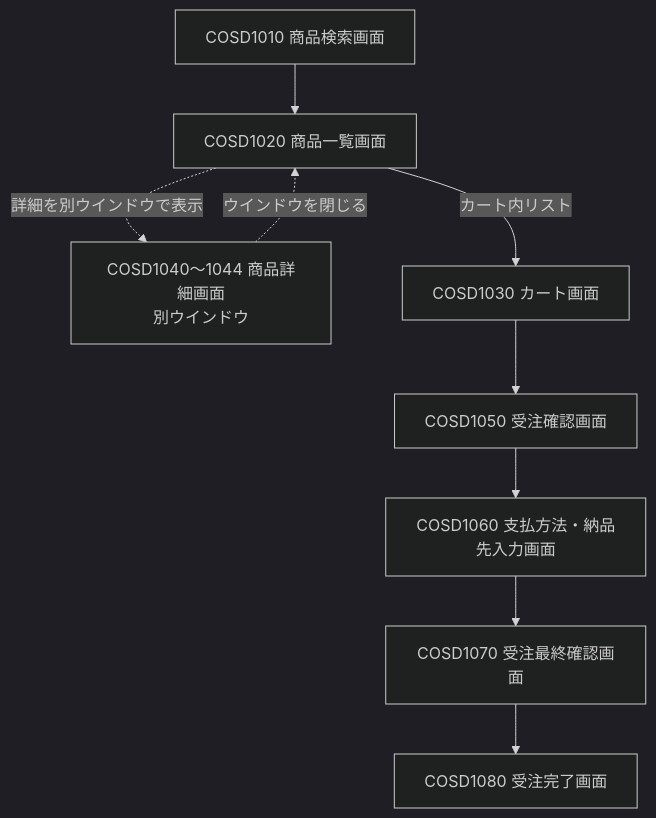
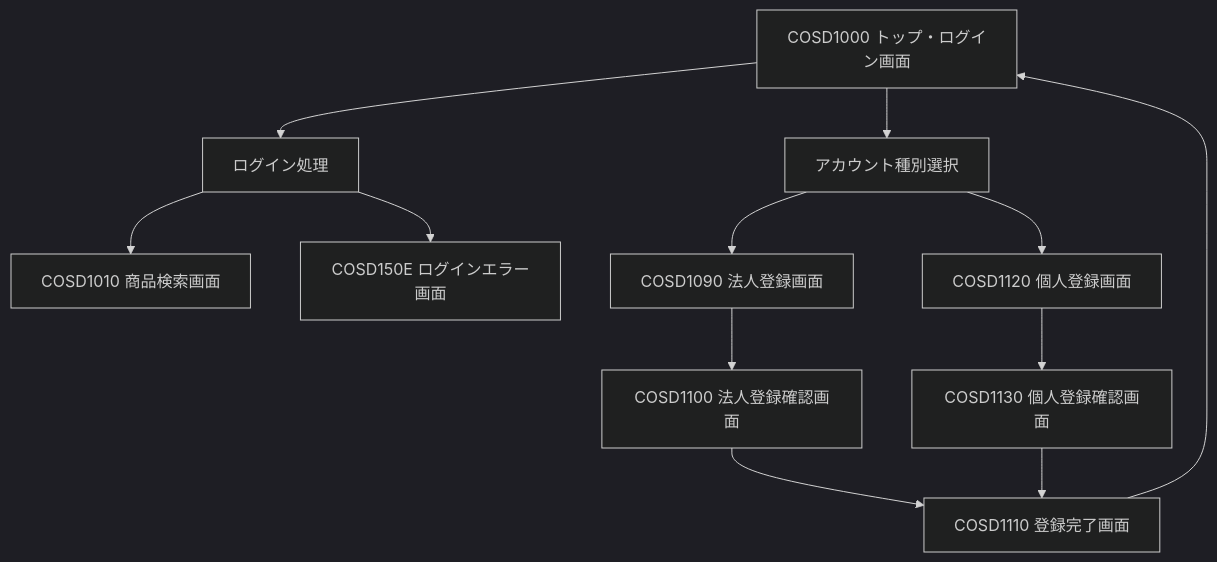
One commit to h-yokota1215/web-version_up changed the second of 2 diagrams in ver.3/設計書/画面設計書.md. Above: the diagram before and after it, drawn with Mermaid (dark theme). The commit also changed other lines of this file, not shown here.

````diff
--- a/ver.3/設計書/画面設計書.md
+++ b/ver.3/設計書/画面設計書.md
@@ -112,20 +110,25 @@
 ```mermaid
 flowchart TD
-    A[COSD1010 商品検索画面]
-    B[COSD1020 商品一覧画面]
-    C[COSD1040～1044 商品詳細画面<br>別ウインドウ]
-    D[COSD1030 カート画面]
-    E[COSD1050 受注確認画面]
-    F[COSD1060 支払方法・納品先入力画面]
-    G[COSD1070 受注最終確認画面]
-    H[COSD1080 受注完了画面]
+    A[COSD1000 トップ・ログイン画面]
+    B[ログイン処理]
+    C[COSD1010 商品検索画面]
+    D[COSD150E ログインエラー画面]
+    E[アカウント種別選択]
+    F[COSD1090 法人登録画面]
+    G[COSD1100 法人登録確認画面]
+    H[COSD1120 個人登録画面]
+    I[COSD1130 個人登録確認画面]
+    J[COSD1110 登録完了画面]
 
     A --> B
-    B -. 詳細を別ウインドウで表示 .-> C
-    C -. ウインドウを閉じる .-> B
-    B -->|カート内リスト| D
-    D --> E
+    B --> C
+    B --> D
+    A --> E
     E --> F
+    E --> H
     F --> G
-    G --> H
+    G --> J
+    H --> I
+    I --> J
+    J --> A
 ```
````
